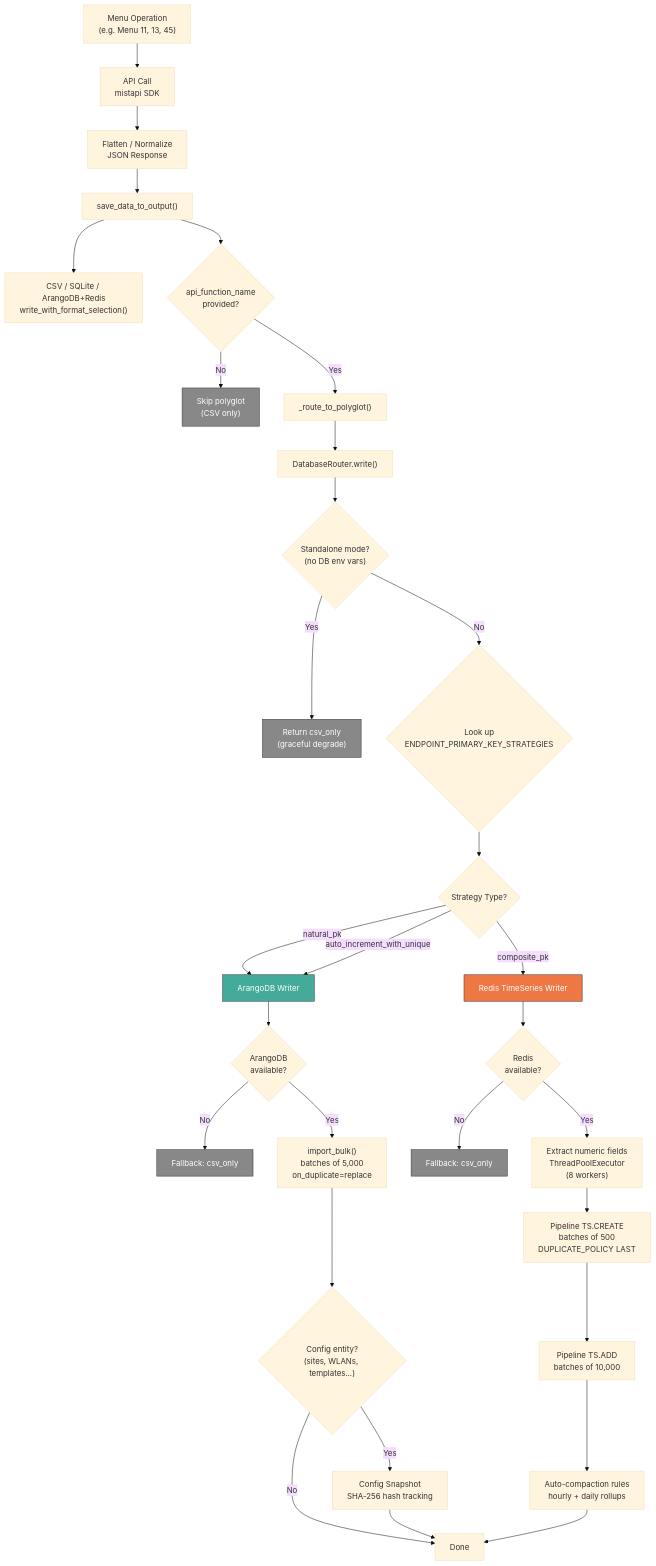
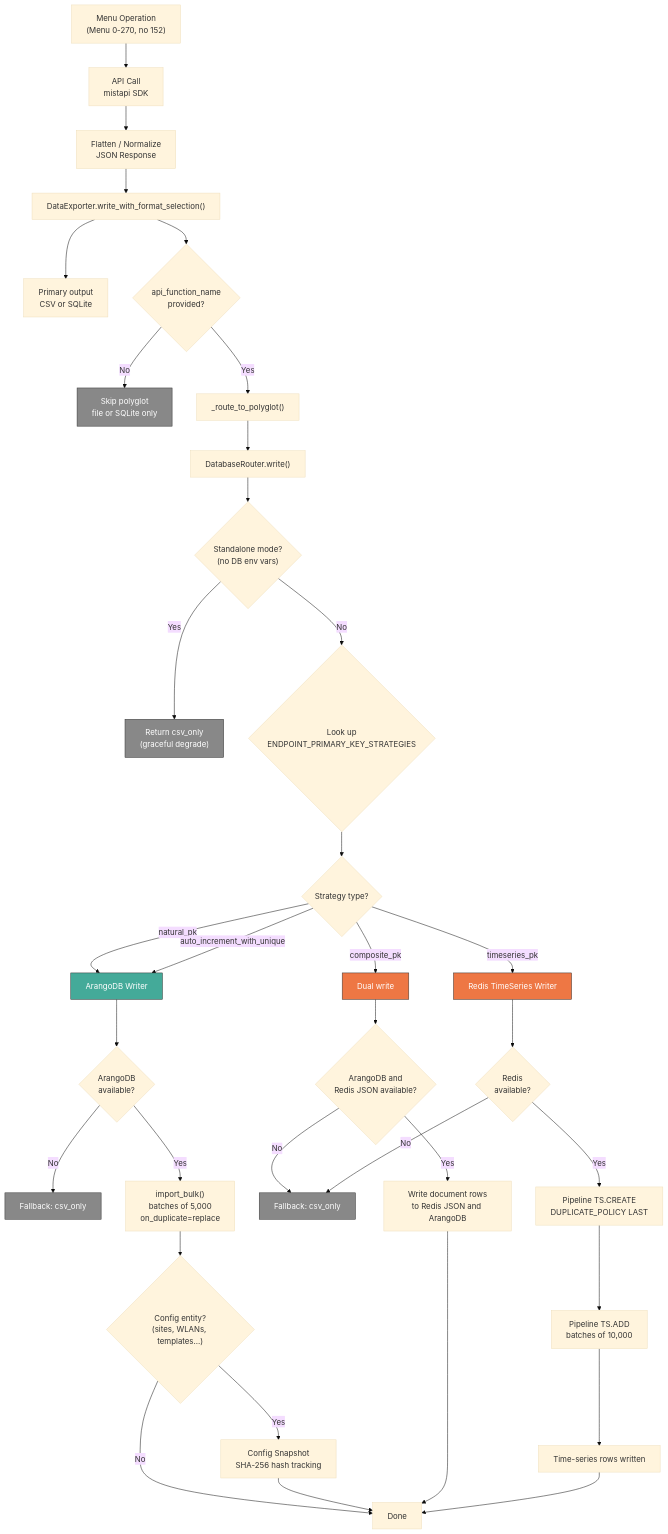
The diagram in documentation/diagrams/core/data-persistence-routing.md (jmorrison-juniper/MistHelper), drawn with Mermaid (base theme) before and after one commit. The commit also changed other lines of this file and 110 other files, not shown here.

First line of the commit message:
docs(docs): audit documentation and add menu API endpoint map (#3418)

````diff
--- a/documentation/diagrams/core/data-persistence-routing.md
+++ b/documentation/diagrams/core/data-persistence-routing.md
@@ -8,50 +8,55 @@
 ```mermaid
 flowchart TD
-    A["Menu Operation<br/>(e.g. Menu 11, 13, 45)"] --> B["API Call<br/>mistapi SDK"]
+    A["Menu Operation<br/>(Menu 0-270, no 152)"] --> B["API Call<br/>mistapi SDK"]
     B --> C["Flatten / Normalize<br/>JSON Response"]
-    C --> D["save_data_to_output()"]
+    C --> D["DataExporter.write_with_format_selection()"]
 
-    D --> E["CSV / SQLite / ArangoDB+Redis<br/>write_with_format_selection()"]
+    D --> E["Primary output<br/>CSV or SQLite"]
     D --> F{"api_function_name<br/>provided?"}
 
-    F -->|No| G["Skip polyglot<br/>(CSV only)"]
+    F -->|No| G["Skip polyglot<br/>file or SQLite only"]
     F -->|Yes| H["_route_to_polyglot()"]
 
     H --> I["DatabaseRouter.write()"]
 
     I --> J{"Standalone mode?<br/>(no DB env vars)"}
     J -->|Yes| K["Return csv_only<br/>(graceful degrade)"]
 
     J -->|No| L{"Look up<br/>ENDPOINT_PRIMARY_KEY_STRATEGIES"}
 
-    L --> M{"Strategy Type?"}
+    L --> M{"Strategy type?"}
 
     M -->|natural_pk| N["ArangoDB Writer"]
     M -->|auto_increment_with_unique| N
-    M -->|composite_pk| O["Redis TimeSeries Writer"]
+    M -->|composite_pk| O["Dual write"]
+    M -->|timeseries_pk| TS["Redis TimeSeries Writer"]
 
     N --> P{"ArangoDB<br/>available?"}
     P -->|No| Q["Fallback: csv_only"]
     P -->|Yes| R["import_bulk()<br/>batches of 5,000<br/>on_duplicate=replace"]
 
     R --> S{"Config entity?<br/>(sites, WLANs, templates...)"}
     S -->|Yes| T["Config Snapshot<br/>SHA-256 hash tracking"]
     S -->|No| U["Done"]
     T --> U
 
-    O --> V{"Redis<br/>available?"}
+    O --> V{"ArangoDB and<br/>Redis JSON available?"}
     V -->|No| W["Fallback: csv_only"]
-    V -->|Yes| X["Extract numeric fields<br/>ThreadPoolExecutor<br/>(8 workers)"]
+    V -->|Yes| X["Write document rows<br/>to Redis JSON and ArangoDB"]
+    X --> U
 
-    X --> Y["Pipeline TS.CREATE<br/>batches of 500<br/>DUPLICATE_POLICY LAST"]
+    TS --> TV{"Redis<br/>available?"}
+    TV -->|No| W
+    TV -->|Yes| Y["Pipeline TS.CREATE<br/>DUPLICATE_POLICY LAST"]
     Y --> Z["Pipeline TS.ADD<br/>batches of 10,000"]
-    Z --> AA["Auto-compaction rules<br/>hourly + daily rollups"]
+    Z --> AA["Time-series rows written"]
     AA --> U
 
     style N fill:#4a9,stroke:#333,color:#fff
     style O fill:#e74,stroke:#333,color:#fff
+    style TS fill:#e74,stroke:#333,color:#fff
     style Q fill:#888,stroke:#333,color:#fff
     style W fill:#888,stroke:#333,color:#fff
     style K fill:#888,stroke:#333,color:#fff
     style G fill:#888,stroke:#333,color:#fff
 ```
````
